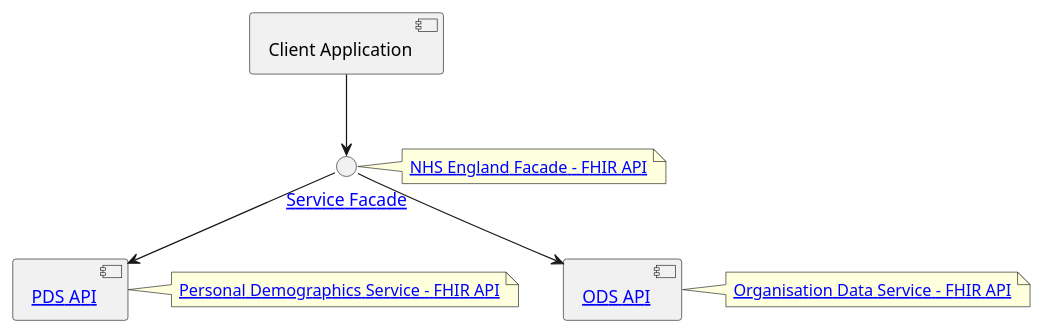
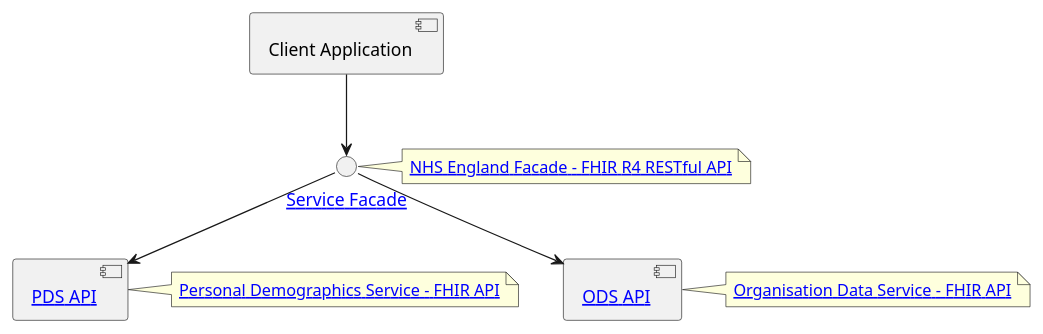
The diagram in input/images-source/component-nhse.plantuml (KevinMayfield/VirtuallyHealthcare), drawn with PlantUML before and after one commit. The commit also changed 1 other file, not shown here.

```diff
--- a/input/images-source/component-nhse.plantuml
+++ b/input/images-source/component-nhse.plantuml
@@ -1,26 +1,26 @@
 @startuml
 
 component ClientApplication as "Client Application"
 
 interface facade as "[[ActorDefinition-ServiceFacade.html Service Facade]]"
 note right
-[[CapabilityStatement-NHSEFacade.html NHS England Facade - FHIR API]]
+[[CapabilityStatement-NHSEFacade.html NHS England Facade - FHIR R4 RESTful API]]
 end note
 
 component "[[ActorDefinition-DirectoryService.html PDS API]]" as PDSDirectoryService
 note right
 [[https://digital.nhs.uk/developer/api-catalogue/personal-demographics-service-fhir Personal Demographics Service - FHIR API]]
 end note
 
 component "[[ActorDefinition-DirectoryService.html ODS API]]" as ODSDirectoryService
 note right
 [[https://digital.nhs.uk/developer/api-catalogue/organisation-data-service-fhir Organisation Data Service - FHIR API]]
 end note
 
 ClientApplication -d-> facade
 
 facade -d-> PDSDirectoryService
 facade -d-> ODSDirectoryService
 
 
 @enduml
```
